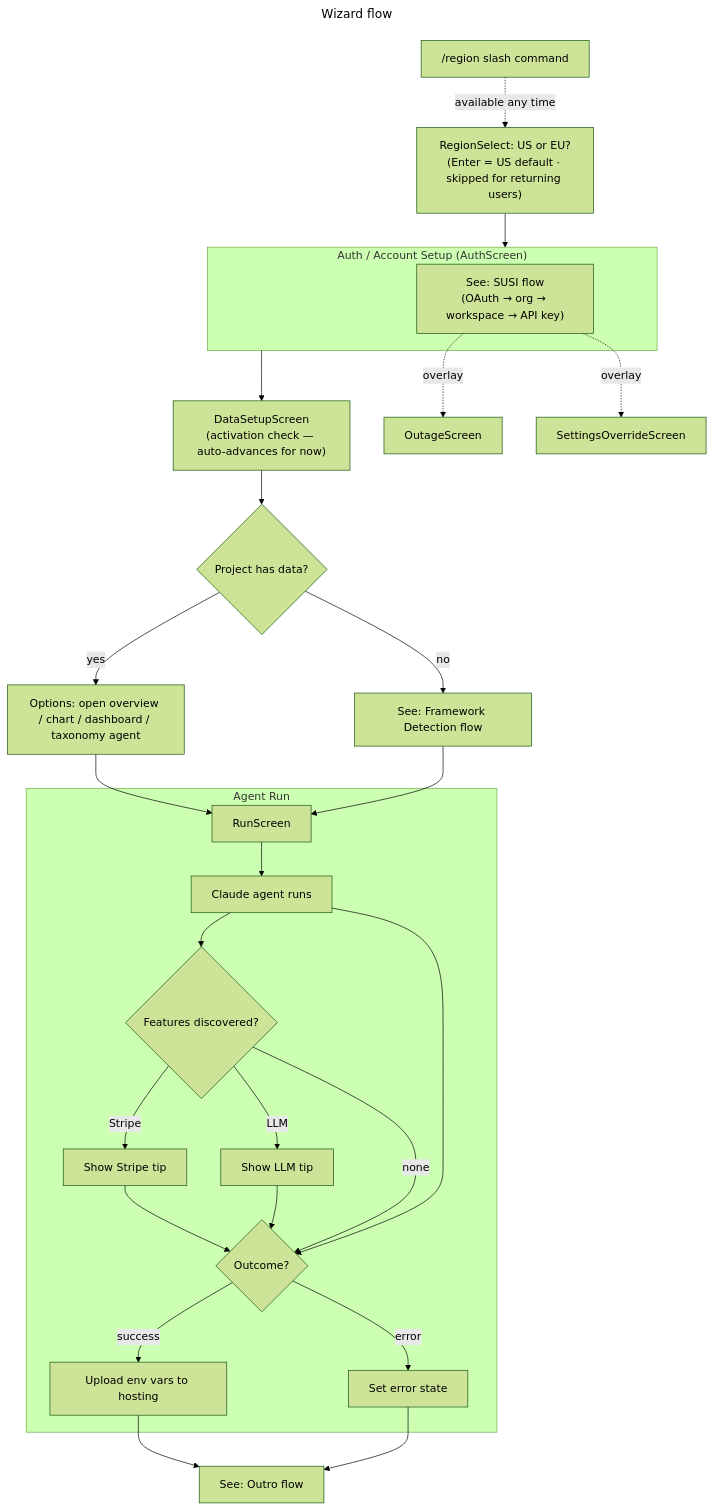
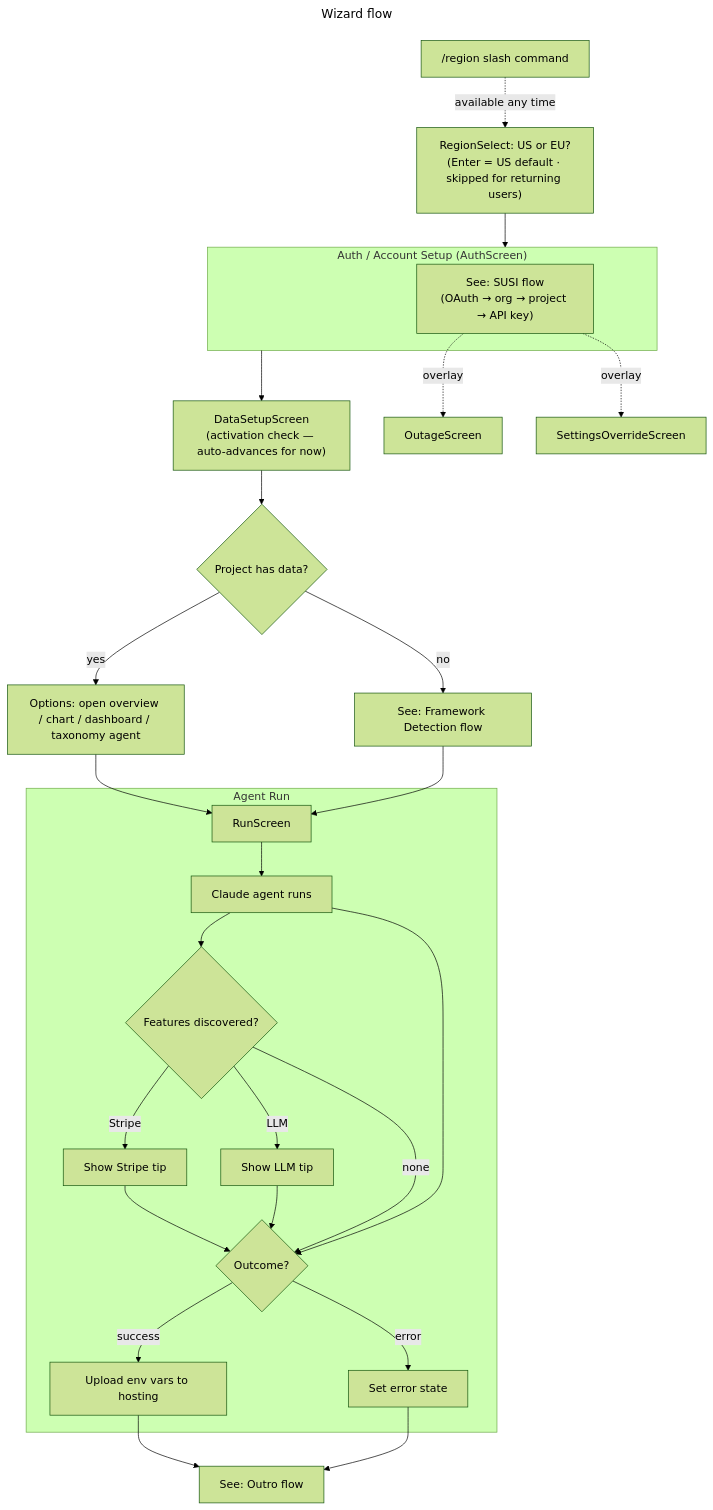
The diagram in docs/diagrams/wizard-flow.mmd (amplitude/wizard), drawn with Mermaid (forest theme) before and after one commit. The commit also changed 63 other files, not shown here.

First line of the commit message:
refactor: [BA-47] rename "workspace" to "project" across the wizard

```diff
--- a/docs/diagrams/wizard-flow.mmd
+++ b/docs/diagrams/wizard-flow.mmd
@@ -1,38 +1,38 @@
 ---
 title: Wizard flow
 ---
 flowchart TD
     REGION_SELECT["RegionSelect: US or EU?<br/>(Enter = US default · skipped for returning users)"]
     REGION_SELECT --> AUTH
 
     subgraph AUTH ["Auth / Account Setup (AuthScreen)"]
-        SUSI["See: SUSI flow<br/>(OAuth → org → workspace → API key)"]
+        SUSI["See: SUSI flow<br/>(OAuth → org → project → API key)"]
     end
 
     AUTH --> DATA_SETUP["DataSetupScreen<br/>(activation check — auto-advances for now)"]
     DATA_SETUP --> DATA_CHECK{Project has data?}
 
     DATA_CHECK -->|no| FRAMEWORK["See: Framework Detection flow"]
     DATA_CHECK -->|yes| OPTIONS["Options: open overview / chart / dashboard / taxonomy agent"]
 
     OPTIONS --> RUN
     FRAMEWORK --> RUN
 
     SLASH_REGION["/region slash command"] -. available any time .-> REGION_SELECT
 
     subgraph AGENT_RUN ["Agent Run"]
         RUN["RunScreen"] --> AGENT["Claude agent runs"]
         AGENT --> FEATURES{Features discovered?}
         FEATURES -->|Stripe| STRIPE_TIP["Show Stripe tip"] --> OUTCOME
         FEATURES -->|LLM| LLM_TIP["Show LLM tip"] --> OUTCOME
         FEATURES -->|none| OUTCOME
         AGENT --> OUTCOME{Outcome?}
         OUTCOME -->|success| POST["Upload env vars to hosting"]
         OUTCOME -->|error| ERR["Set error state"]
     end
 
     POST --> OUTRO["See: Outro flow"]
     ERR --> OUTRO
 
     SUSI -. overlay .-> OUTAGE["OutageScreen"]
     SUSI -. overlay .-> SETTINGS_OVR["SettingsOverrideScreen"]
```
